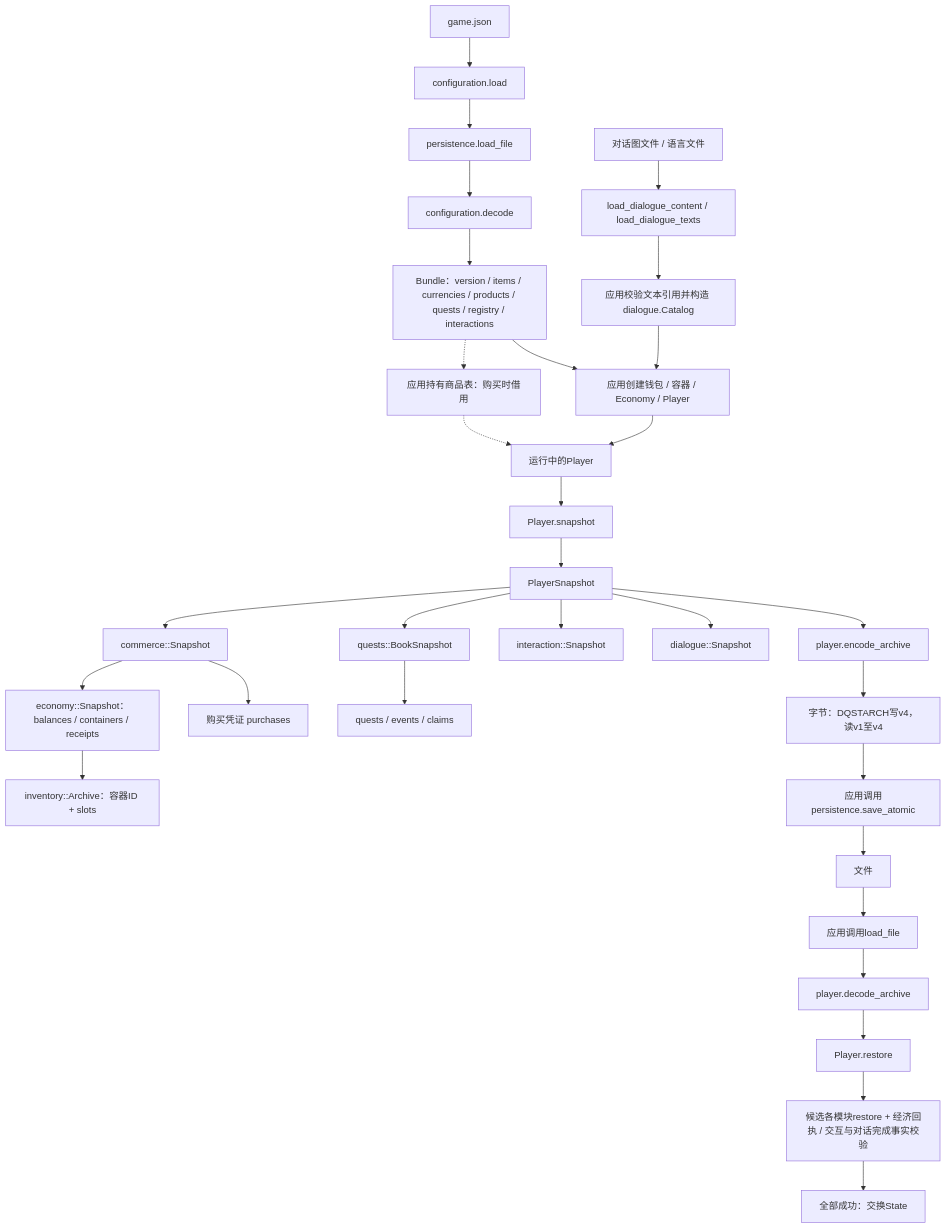
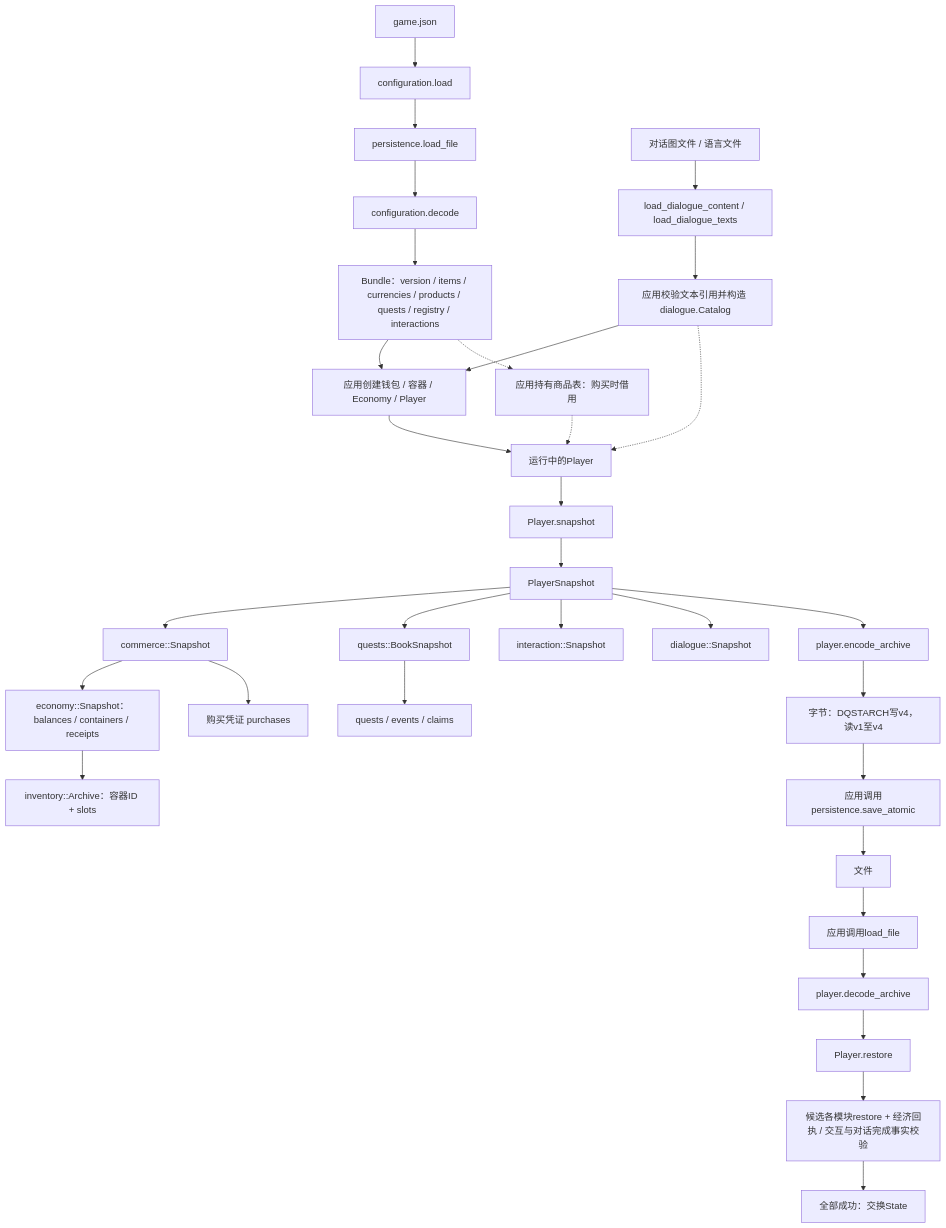
Before and after one commit to Cheems-life/game-systems-toolkit: the sixth of 8 diagrams in docs/architecture-details.md, drawn with Mermaid. The commit also changed other lines of this file and 31 other files, not shown here.

````diff
--- a/docs/architecture-details.md
+++ b/docs/architecture-details.md
@@ -348,33 +363,34 @@
 ```mermaid
 flowchart TD
     JSON[game.json] --> LOAD[configuration.load]
     LOAD --> READ[persistence.load_file]
     READ --> DECODE[configuration.decode]
     DECODE --> CFG[Bundle：version / items / currencies / products / quests / registry / interactions]
     CFG --> APP[应用创建钱包 / 容器 / Economy / Player]
     DJSON[对话图文件 / 语言文件] --> DLOAD[load_dialogue_content / load_dialogue_texts]
     DLOAD --> DCAT[应用校验文本引用并构造 dialogue.Catalog]
     DCAT --> APP
+    DCAT -.-> LIVE
     CFG -.-> PROD[应用持有商品表：购买时借用]
     PROD -.-> LIVE
     APP --> LIVE[运行中的Player]
     LIVE --> SNAP[Player.snapshot]
     SNAP --> PS[PlayerSnapshot]
     PS --> CS[commerce::Snapshot]
     PS --> QS[quests::BookSnapshot]
     PS --> IS[interaction::Snapshot]
     PS --> DS[dialogue::Snapshot]
     CS --> ES[economy::Snapshot：balances / containers / receipts]
     CS --> BUY[购买凭证 purchases]
     ES --> IA[inventory::Archive：容器ID + slots]
     QS --> QDATA[quests / events / claims]
     PS --> ENC[player.encode_archive]
     ENC --> BYTES[字节：DQSTARCH写v4，读v1至v4]
     BYTES --> SAVE[应用调用persistence.save_atomic]
     SAVE --> DISK[文件]
     DISK --> RL[应用调用load_file]
     RL --> DEC[player.decode_archive]
     DEC --> REST[Player.restore]
     REST --> CHECK[候选各模块restore + 经济回执 / 交互与对话完成事实校验]
     CHECK --> SW[全部成功：交换State]
 ```
````
